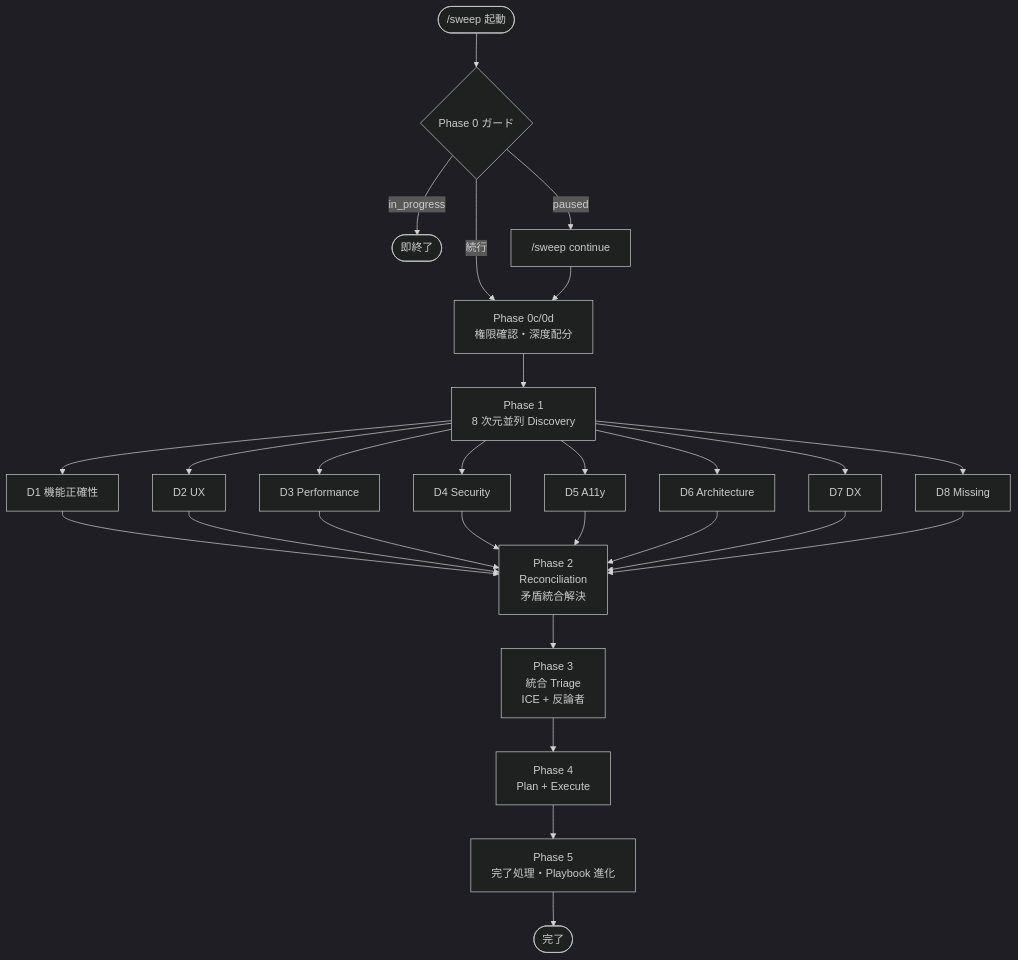
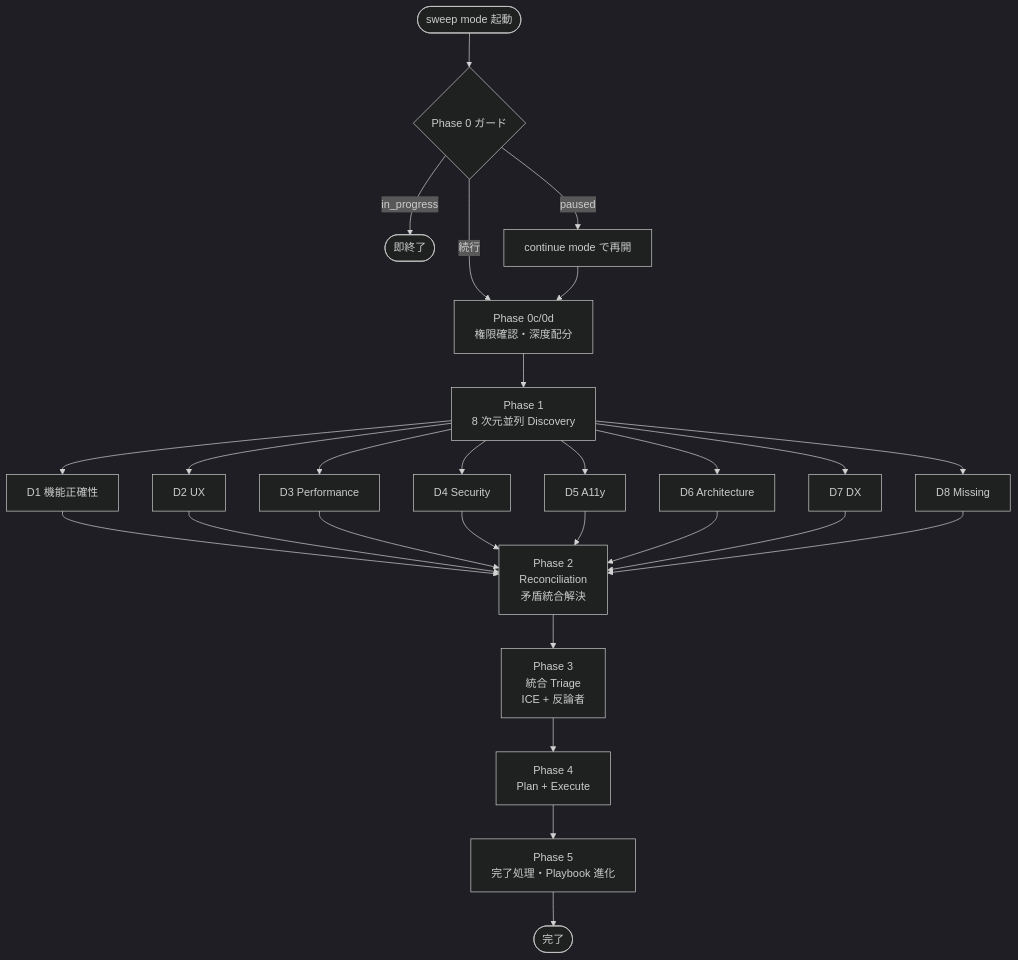
One commit to NAM-MAN/takumi changed the first of 2 diagrams in skills/takumi/sweep/README.md. Above: the diagram before and after it, drawn with Mermaid (dark theme). The commit also changed other lines of this file and 37 other files, not shown here.

````diff
--- a/skills/takumi/sweep/README.md
+++ b/skills/takumi/sweep/README.md
@@ -123,29 +115,29 @@
 ```mermaid
 flowchart TD
-    Start(["/sweep 起動"]) --> Guard{Phase 0 ガード}
+    Start(["sweep mode 起動"]) --> Guard{Phase 0 ガード}
     Guard -->|in_progress| Skip(["即終了"])
-    Guard -->|paused| Resume["/sweep continue"]
+    Guard -->|paused| Resume["continue mode で再開"]
     Guard -->|続行| Init[Phase 0c/0d<br/>権限確認・深度配分]
     Resume --> Init
     Init --> P1[Phase 1<br/>8 次元並列 Discovery]
     P1 --> D1[D1 機能正確性]
     P1 --> D2[D2 UX]
     P1 --> D3[D3 Performance]
     P1 --> D4[D4 Security]
     P1 --> D5[D5 A11y]
     P1 --> D6[D6 Architecture]
     P1 --> D7[D7 DX]
     P1 --> D8[D8 Missing]
     D1 --> P2[Phase 2<br/>Reconciliation<br/>矛盾統合解決]
     D2 --> P2
     D3 --> P2
     D4 --> P2
     D5 --> P2
     D6 --> P2
     D7 --> P2
     D8 --> P2
     P2 --> P3[Phase 3<br/>統合 Triage<br/>ICE + 反論者]
     P3 --> P4[Phase 4<br/>Plan + Execute]
     P4 --> P5[Phase 5<br/>完了処理・Playbook 進化]
     P5 --> Done([完了])
 ```
````
